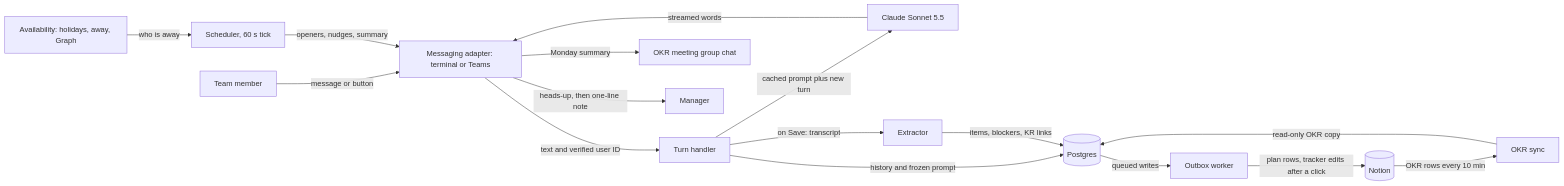
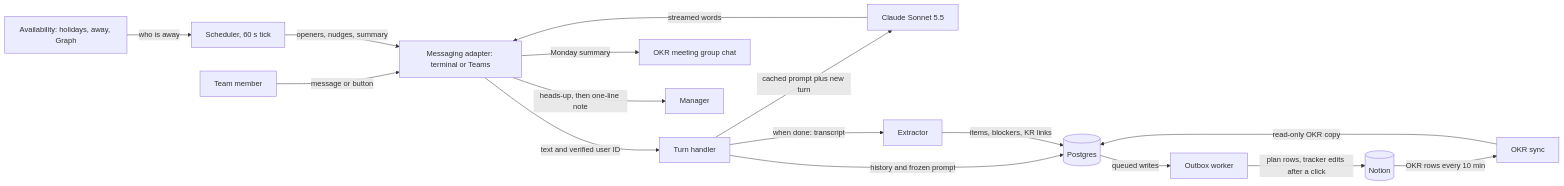
The first of 2 diagrams in docs/design.md (bedwards85/team-plannig-bot), drawn with Mermaid before and after one commit. The commit also changed other lines of this file and 1 other file, not shown here.

````diff
--- a/docs/design.md
+++ b/docs/design.md
@@ -21,18 +19,18 @@
 ```mermaid
 flowchart LR
   P[Team member] -->|message or button| MA[Messaging adapter: terminal or Teams]
   MA -->|text and verified user ID| TH[Turn handler]
   TH -->|history and frozen prompt| DB[(Postgres)]
   TH -->|cached prompt plus new turn| CL[Claude Sonnet 5.5]
   CL -->|streamed words| MA
-  TH -->|on Save: transcript| EX[Extractor]
+  TH -->|when done: transcript| EX[Extractor]
   EX -->|items, blockers, KR links| DB
   DB -->|queued writes| OB[Outbox worker]
   OB -->|plan rows, tracker edits after a click| NO[(Notion)]
   NO -->|OKR rows every 10 min| SY[OKR sync]
   SY -->|read-only OKR copy| DB
   AV[Availability: holidays, away, Graph] -->|who is away| SC[Scheduler, 60 s tick]
   SC -->|openers, nudges, summary| MA
   MA -->|Monday summary| GC[OKR meeting group chat]
   MA -->|heads-up, then one-line note| MG[Manager]
 ```
````
